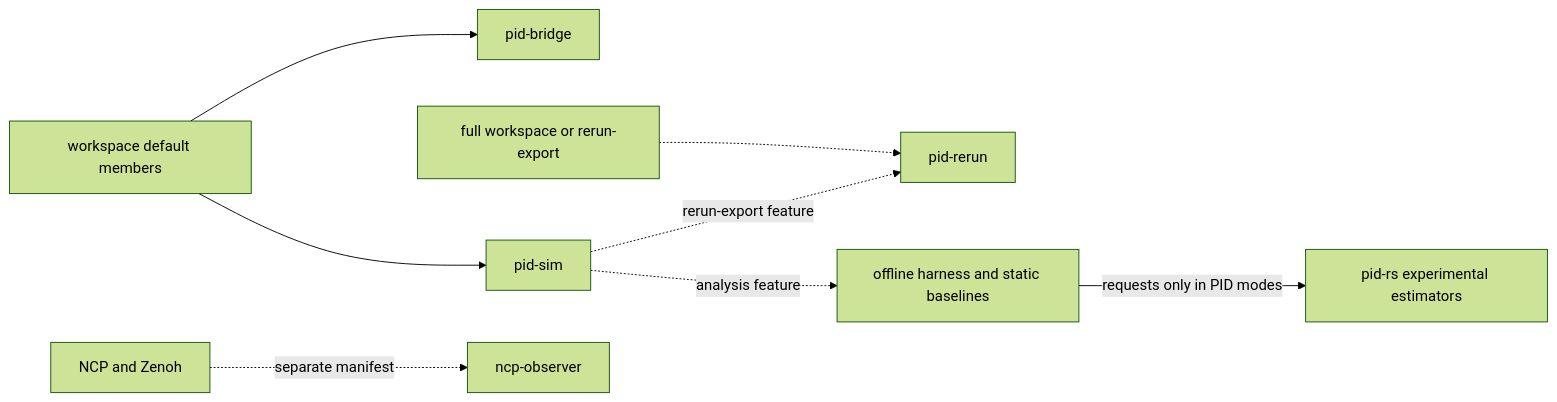
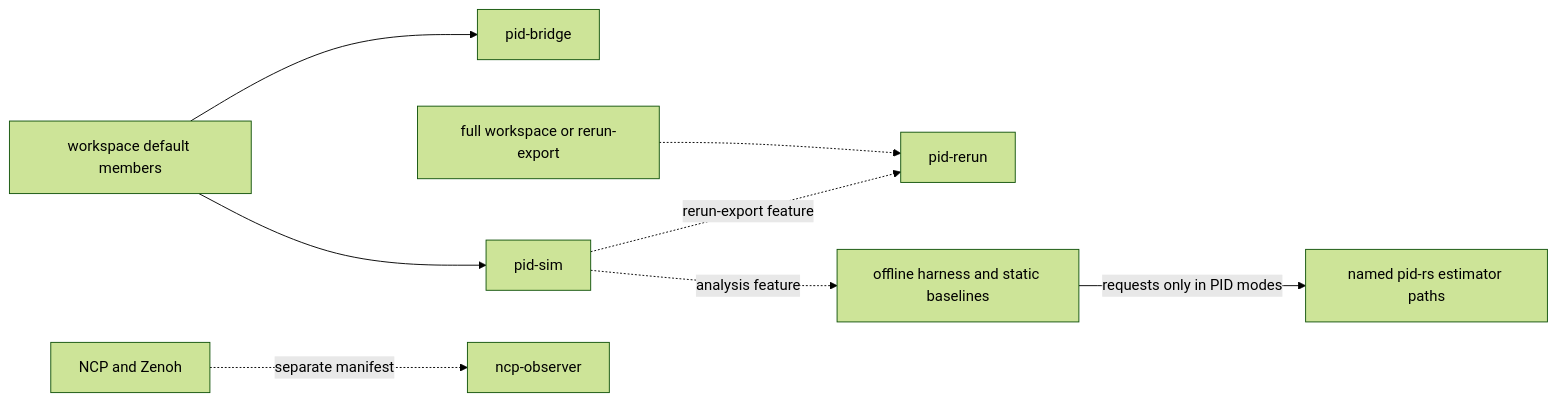
Diagram 11 of 11 in DIAGRAMS.md (sepahead/prisoma), drawn with Mermaid (forest theme) before and after one commit. The commit also changed other lines of this file and 63 other files, not shown here.

````diff
--- a/DIAGRAMS.md
+++ b/DIAGRAMS.md
@@ -219,11 +246,11 @@
 ```mermaid
 flowchart LR
     Core["workspace default members"] --> Bridge["pid-bridge"]
     Core --> Sim["pid-sim"]
     Full["full workspace or rerun-export"] -.-> Rerun["pid-rerun"]
     Sim -.->|rerun-export feature| Rerun
     Sim -.->|analysis feature| Harness["offline harness and static baselines"]
 
-    Harness -->|requests only in PID modes| PID["pid-rs experimental estimators"]
+    Harness -->|requests only in PID modes| PID["named pid-rs estimator paths"]
     NCP["NCP and Zenoh"] -.->|separate manifest| Observer["ncp-observer"]
 ```
````
